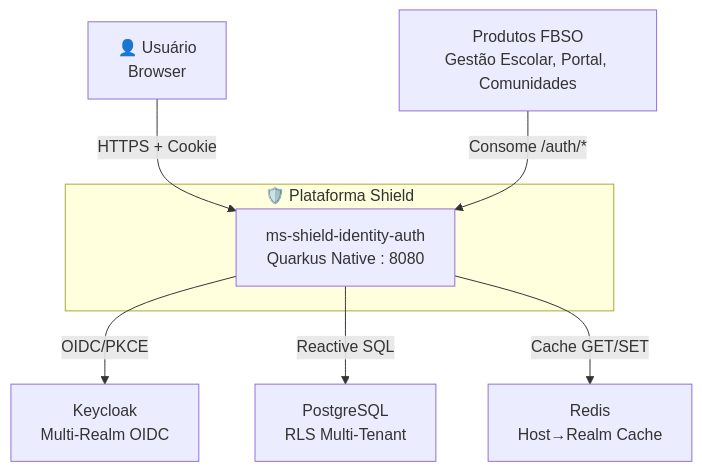
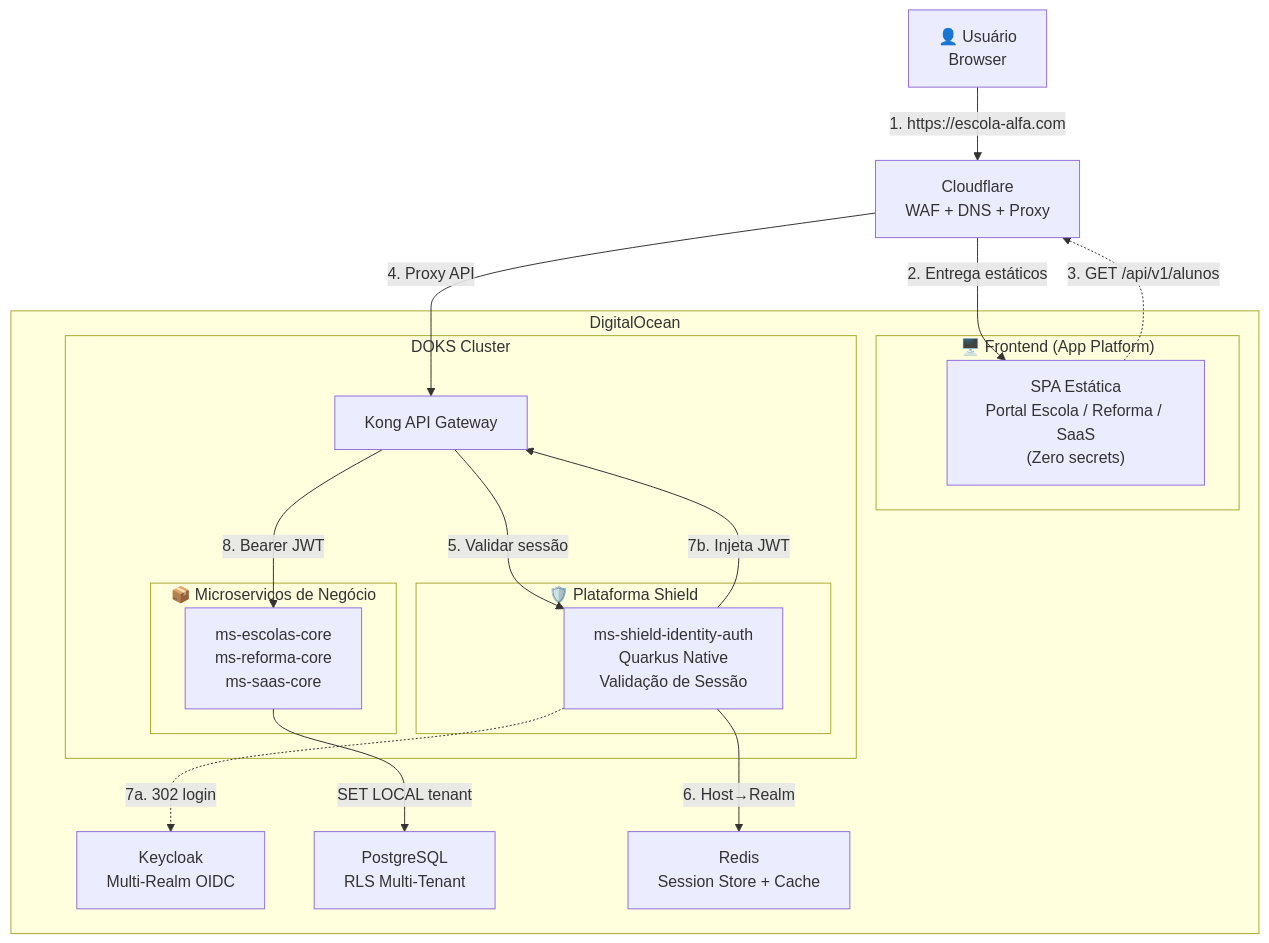
Before and after one commit to bolismar69/workspace-fbso: the first of 7 diagrams in business-inputs/business-projects/PRJ-TEC-2026-0004-PROJETO-SHIELD/11-HLD-PRJ-TEC-2026-0004-PROJETO-SHIELD.md, drawn with Mermaid. The commit also changed other lines of this file and 2 other files, not shown here.

First line of the commit message:
docs: revisao completa dos diagramas — Shield como filtro Kong

````diff
--- a/business-inputs/business-projects/PRJ-TEC-2026-0004-PROJETO-SHIELD/11-HLD-PRJ-TEC-2026-0004-PROJETO-SHIELD.md
+++ b/business-inputs/business-projects/PRJ-TEC-2026-0004-PROJETO-SHIELD/11-HLD-PRJ-TEC-2026-0004-PROJETO-SHIELD.md
@@ -16,19 +16,37 @@
 ```mermaid
 flowchart TB
     User["👤 Usuário\nBrowser"]
 
-    subgraph Shield["🛡️ Plataforma Shield"]
-        BFF["ms-shield-identity-auth\nQuarkus Native : 8080"]
+    subgraph DO["DigitalOcean"]
+        subgraph Frontend["🖥️ Frontend (App Platform)"]
+            SPA["SPA Estática\nPortal Escola / Reforma / SaaS\n(Zero secrets)"]
+        end
+
+        subgraph DOKS["DOKS Cluster"]
+            Kong["Kong API Gateway"]
+            subgraph Shield["🛡️ Plataforma Shield"]
+                BFF["ms-shield-identity-auth\nQuarkus Native\nValidação de Sessão"]
+            end
+            subgraph Business["📦 Microserviços de Negócio"]
+                MS["ms-escolas-core\nms-reforma-core\nms-saas-core"]
+            end
+        end
+
+        KC["Keycloak\nMulti-Realm OIDC"]
+        PG["PostgreSQL\nRLS Multi-Tenant"]
+        Redis["Redis\nSession Store + Cache"]
     end
 
-    KC["Keycloak\nMulti-Realm OIDC"]
-    PG["PostgreSQL\nRLS Multi-Tenant"]
-    Redis["Redis\nHost→Realm Cache"]
-    Produtos["Produtos FBSO\nGestão Escolar, Portal, Comunidades"]
+    CF["Cloudflare\nWAF + DNS + Proxy"]
 
-    User -->|"HTTPS + Cookie"| BFF
-    BFF -->|"OIDC/PKCE"| KC
-    BFF -->|"Reactive SQL"| PG
-    BFF -->|"Cache GET/SET"| Redis
-    Produtos -->|"Consome /auth/*"| BFF
+    User -->|"1. https://escola-alfa.com"| CF
+    CF -->|"2. Entrega estáticos"| SPA
+    SPA -.->|"3. GET /api/v1/alunos"| CF
+    CF -->|"4. Proxy API"| Kong
+    Kong -->|"5. Validar sessão"| BFF
+    BFF -->|"6. Host→Realm"| Redis
+    BFF -.->|"7a. 302 login"| KC
+    BFF -->|"7b. Injeta JWT"| Kong
+    Kong -->|"8. Bearer JWT"| MS
+    MS -->|"SET LOCAL tenant"| PG
 ```
````
